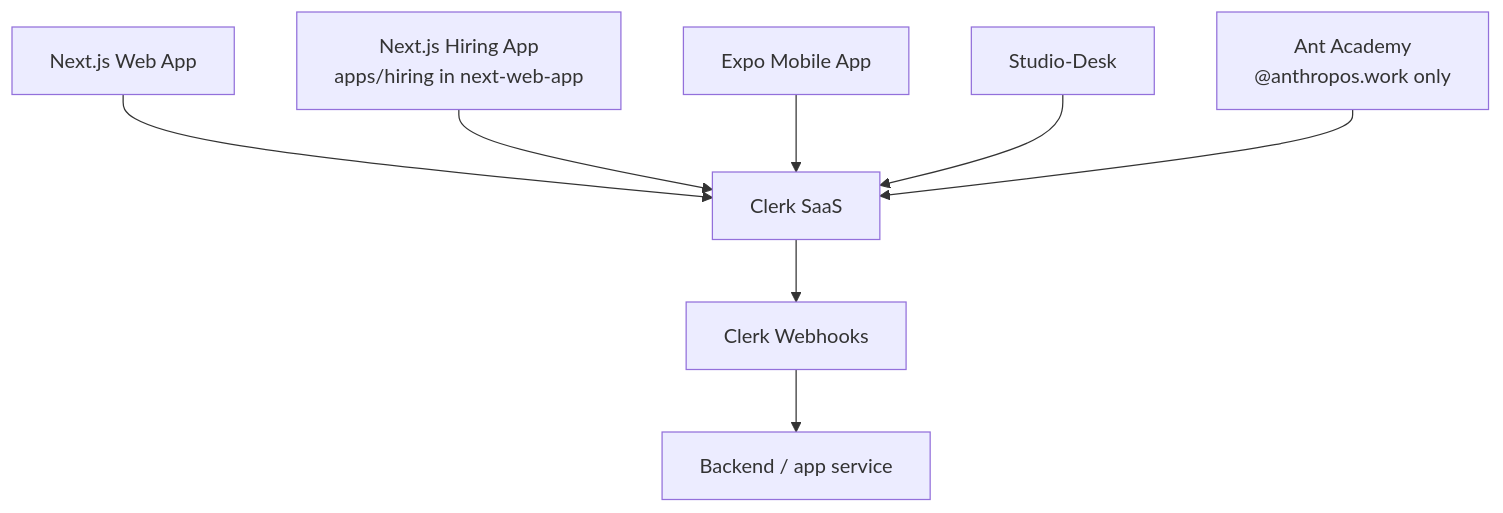
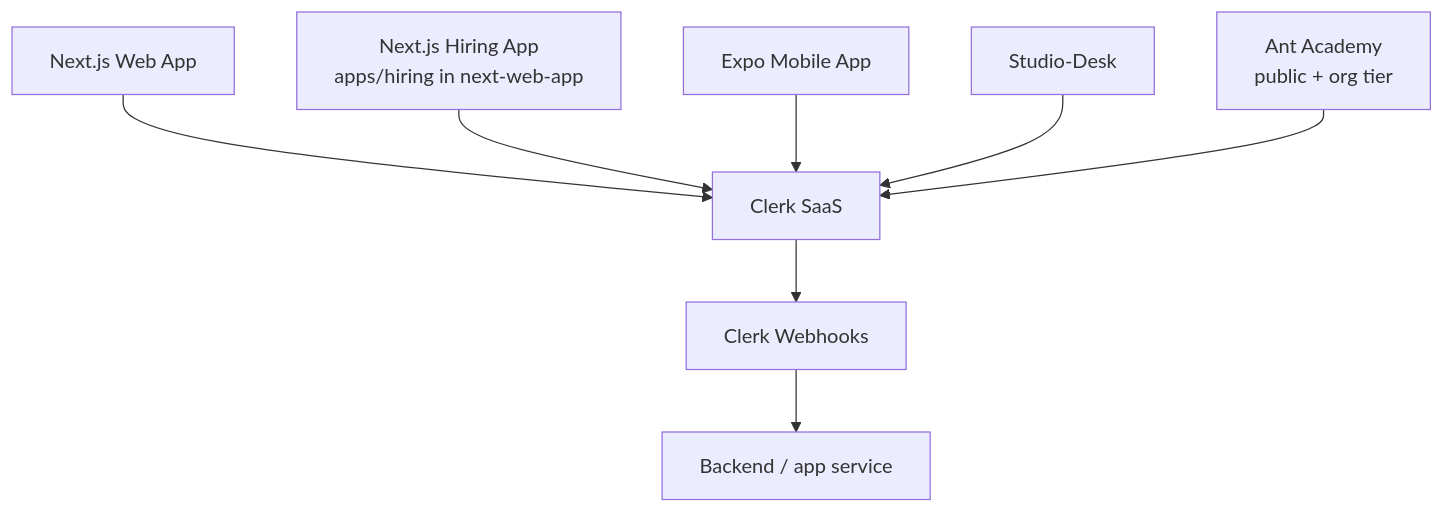
The first of 3 diagrams in corpus/architecture/external_services.md (anthropos-work/rosetta), drawn with Mermaid before and after one commit. The commit also changed 32 other files, not shown here.

````diff
--- a/corpus/architecture/external_services.md
+++ b/corpus/architecture/external_services.md
@@ -47,19 +47,19 @@
 ```mermaid
 graph TB
     Clerk[Clerk SaaS]
     
     Web[Next.js Web App]
     Hiring[Next.js Hiring App<br/>apps/hiring in next-web-app]
     Mobile[Expo Mobile App]
     Desk[Studio-Desk]
-    Academy[Ant Academy<br/>@anthropos.work only]
+    Academy[Ant Academy<br/>public + org tier]
     
     Web --> Clerk
     Hiring --> Clerk
     Mobile --> Clerk
     Desk --> Clerk
     Academy --> Clerk
     
     Clerk --> Webhook[Clerk Webhooks]
     Webhook --> Backend[Backend / app service]
 ```
````
